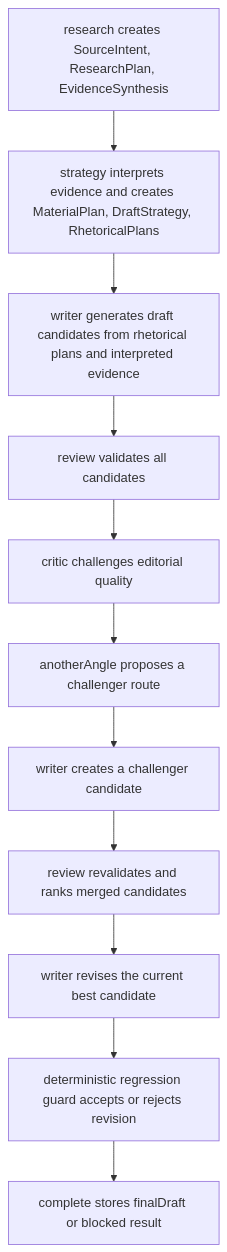
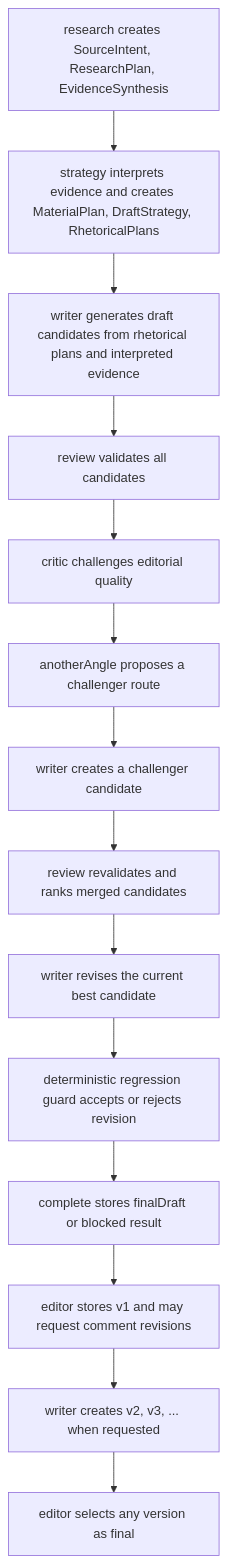
The third of 4 diagrams in docs/architecture/DRAFT_RUN_PIPELINE_AS_IS.md (mudrezzz/glavred), drawn with Mermaid before and after one commit. The commit also changed other lines of this file and 35 other files, not shown here.

````diff
--- a/docs/architecture/DRAFT_RUN_PIPELINE_AS_IS.md
+++ b/docs/architecture/DRAFT_RUN_PIPELINE_AS_IS.md
@@ -677,13 +729,16 @@
 ```mermaid
 flowchart TD
   A[research creates SourceIntent, ResearchPlan, EvidenceSynthesis] --> B[strategy interprets evidence and creates MaterialPlan, DraftStrategy, RhetoricalPlans]
   B --> C[writer generates draft candidates from rhetorical plans and interpreted evidence]
   C --> D[review validates all candidates]
   D --> E[critic challenges editorial quality]
   E --> F[anotherAngle proposes a challenger route]
   F --> G[writer creates a challenger candidate]
   G --> H[review revalidates and ranks merged candidates]
   H --> I[writer revises the current best candidate]
   I --> J[deterministic regression guard accepts or rejects revision]
   J --> K[complete stores finalDraft or blocked result]
+  K --> L[editor stores v1 and may request comment revisions]
+  L --> M[writer creates v2, v3, ... when requested]
+  M --> N[editor selects any version as final]
 ```
````
